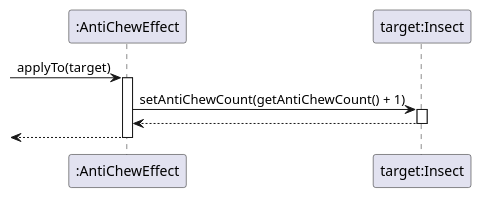
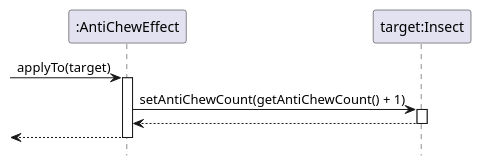
Before and after one commit to ZD4ve/projlab-error521: the diagram in AntiChewEffect/application.pu, drawn with PlantUML. The commit also changed 23 other files, not shown here.

```diff
--- a/AntiChewEffect/application.pu
+++ b/AntiChewEffect/application.pu
@@ -1,16 +1,16 @@
-@startuml
+@startuml AntiChewEffect/application
+hide footbox
+
 participant ":AntiChewEffect" as effect
 participant "target:Insect" as target
 
 -> effect : applyTo(target)
 activate effect
 
 effect -> target : setAntiChewCount(getAntiChewCount() + 1)
 activate target
-
-effect <-- target
-deactivate target
+return
 
 <-- effect
 deactivate effect
 @enduml
```
